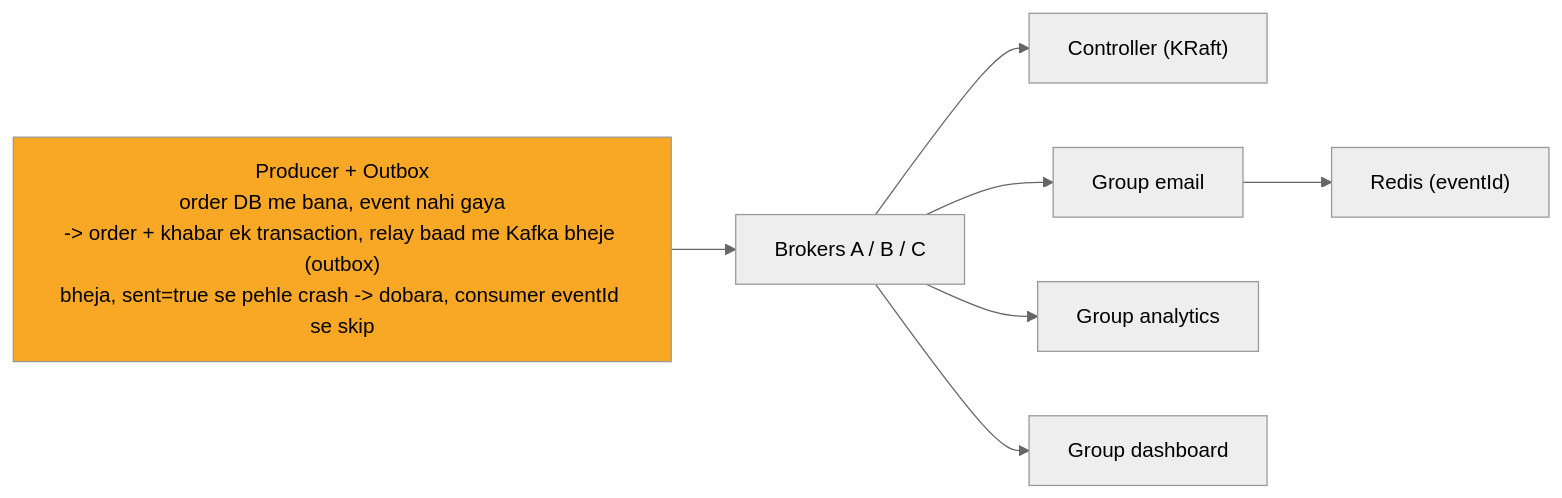
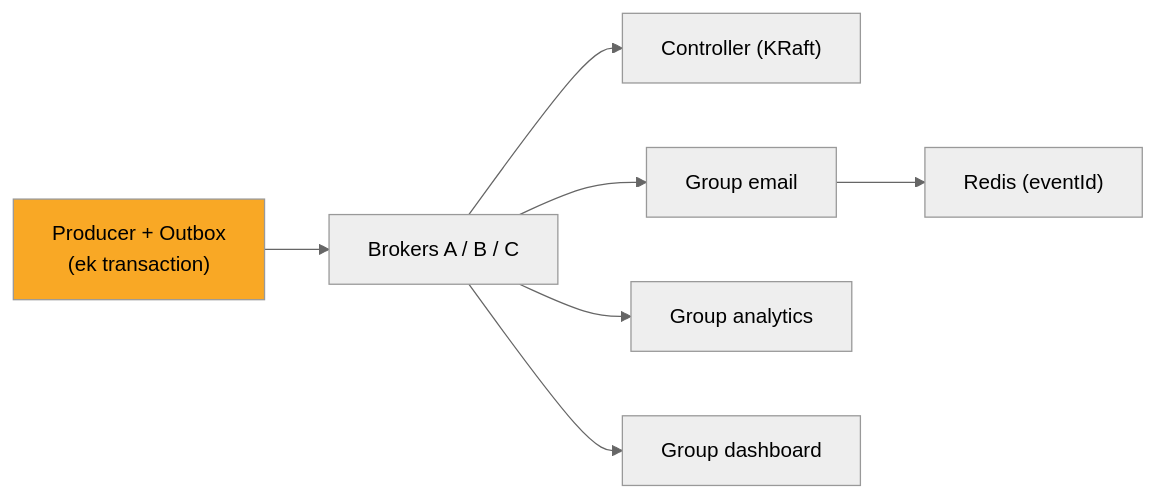
One commit to ArpanMaheshwari144/Prep changed the diagram in 04_HLD/SYSTEM_DESIGNS/12_message_queue_kafka/img/c8.mmd. Above: the diagram before and after it, drawn with Mermaid (neutral theme). The commit also changed 144 other files, not shown here.

Commit message:
hld: NAHI block hata (sab 14 file) + kafka, chat naye saanche me; label dohraav theek; kaise teer bagal ki jagah se

```diff
--- a/04_HLD/SYSTEM_DESIGNS/12_message_queue_kafka/img/c8.mmd
+++ b/04_HLD/SYSTEM_DESIGNS/12_message_queue_kafka/img/c8.mmd
@@ -1,16 +1,16 @@
 %%{init: {"flowchart": {"wrappingWidth": 450}}}%%
 flowchart LR
-    n_P["Producer + Outbox<br/>order DB me bana, event nahi gaya<br/>-> order + khabar ek transaction, relay baad me Kafka bheje (outbox)<br/>bheja, sent=true se pehle crash -> dobara, consumer eventId se skip"]
+    n_P["Producer + Outbox<br/>(ek transaction)"]
     n_B["Brokers A / B / C"]
     n_K["Controller (KRaft)"]
     n_GE["Group email"]
     n_R["Redis (eventId)"]
     n_GA["Group analytics"]
     n_GD["Group dashboard"]
     n_P --> n_B
     n_B --> n_K
     n_B --> n_GE
     n_B --> n_GA
     n_B --> n_GD
     n_GE --> n_R
     style n_P fill:#f9a825,color:#000
```
